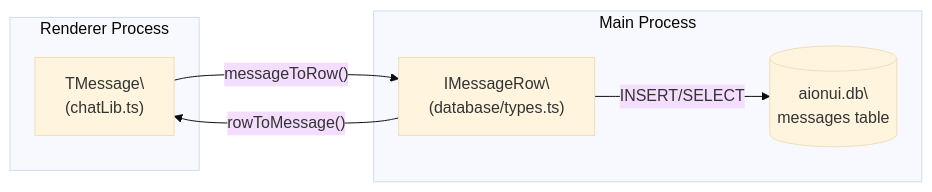
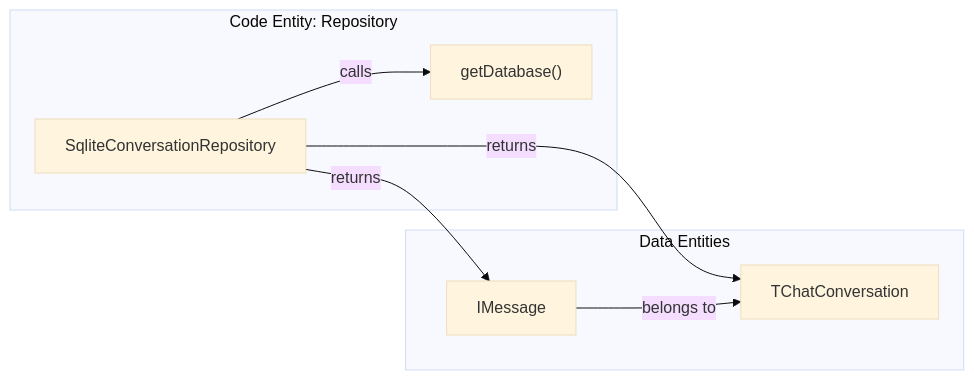
The second of 4 diagrams in docs/iOfficeAI_AionUi/data-flow-and-state-management/conversation-data-model.md (blackcater/zentree), drawn with Mermaid (base theme) before and after one commit. The commit also changed other lines of this file and 232 other files, not shown here.

````diff
--- a/docs/iOfficeAI_AionUi/data-flow-and-state-management/conversation-data-model.md
+++ b/docs/iOfficeAI_AionUi/data-flow-and-state-management/conversation-data-model.md
@@ -184,17 +166,18 @@
 ```mermaid
 flowchart LR
-  subgraph "Renderer Process"
-    TM["TMessage\
-(chatLib.ts)"]
-  end
-  subgraph "Main Process"
-    MR["IMessageRow\
-(database/types.ts)"]
-    DB[("aionui.db\
-messages table")]
+  subgraph "Code Entity: Repository"
+    RE["SqliteConversationRepository"]
+    DB["getDatabase()"]
   end
 
-  TM -- "messageToRow()" --> MR
-  MR -- "rowToMessage()" --> TM
-  MR -- "INSERT/SELECT" --> DB
+  subgraph "Data Entities"
+    CONV["TChatConversation"]
+    MSG["IMessage"]
+  end
+
+  RE -- "calls" --> DB
+  RE -- "returns" --> CONV
+  RE -- "returns" --> MSG
+  
+  MSG -- "belongs to" --> CONV
 ```
````
